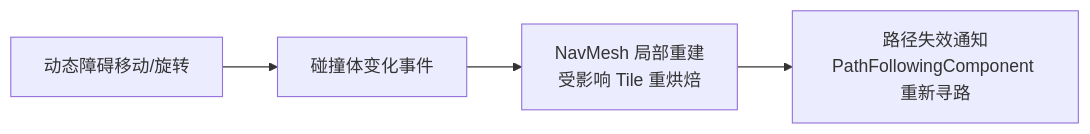
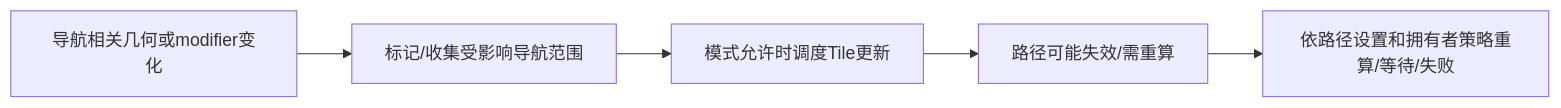
The sixth of 7 diagrams in 知识/06-游戏AI/导航移动与群体协同/03-NavMesh寻路.md (fantuan812/learning), drawn with Mermaid before and after one commit. The commit also changed other lines of this file and 2 other files, not shown here.

````diff
--- a/知识/06-游戏AI/导航移动与群体协同/03-NavMesh寻路.md
+++ b/知识/06-游戏AI/导航移动与群体协同/03-NavMesh寻路.md
@@ -187,6 +418,7 @@
 ```mermaid
 flowchart LR
-    A[动态障碍移动/旋转] --> B[碰撞体变化事件]
-    B --> C[NavMesh 局部重建<br/>受影响 Tile 重烘焙]
-    C --> D[路径失效通知<br/>PathFollowingComponent 重新寻路]
+    Change[导航相关几何或modifier变化] --> Dirty[标记/收集受影响导航范围]
+    Dirty --> Build[模式允许时调度Tile更新]
+    Build --> Invalidate[路径可能失效/需重算]
+    Invalidate --> Policy[依路径设置和拥有者策略重算/等待/失败]
 ```
````
